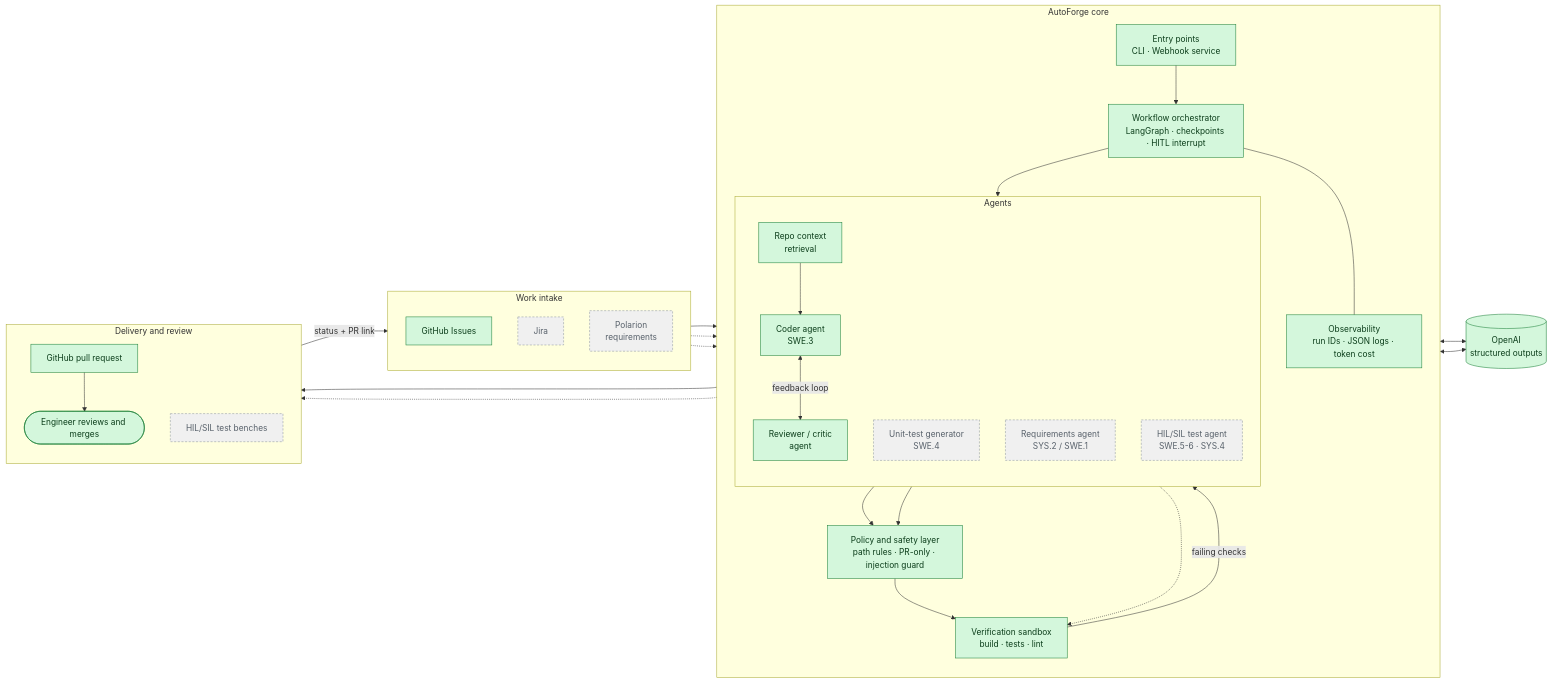
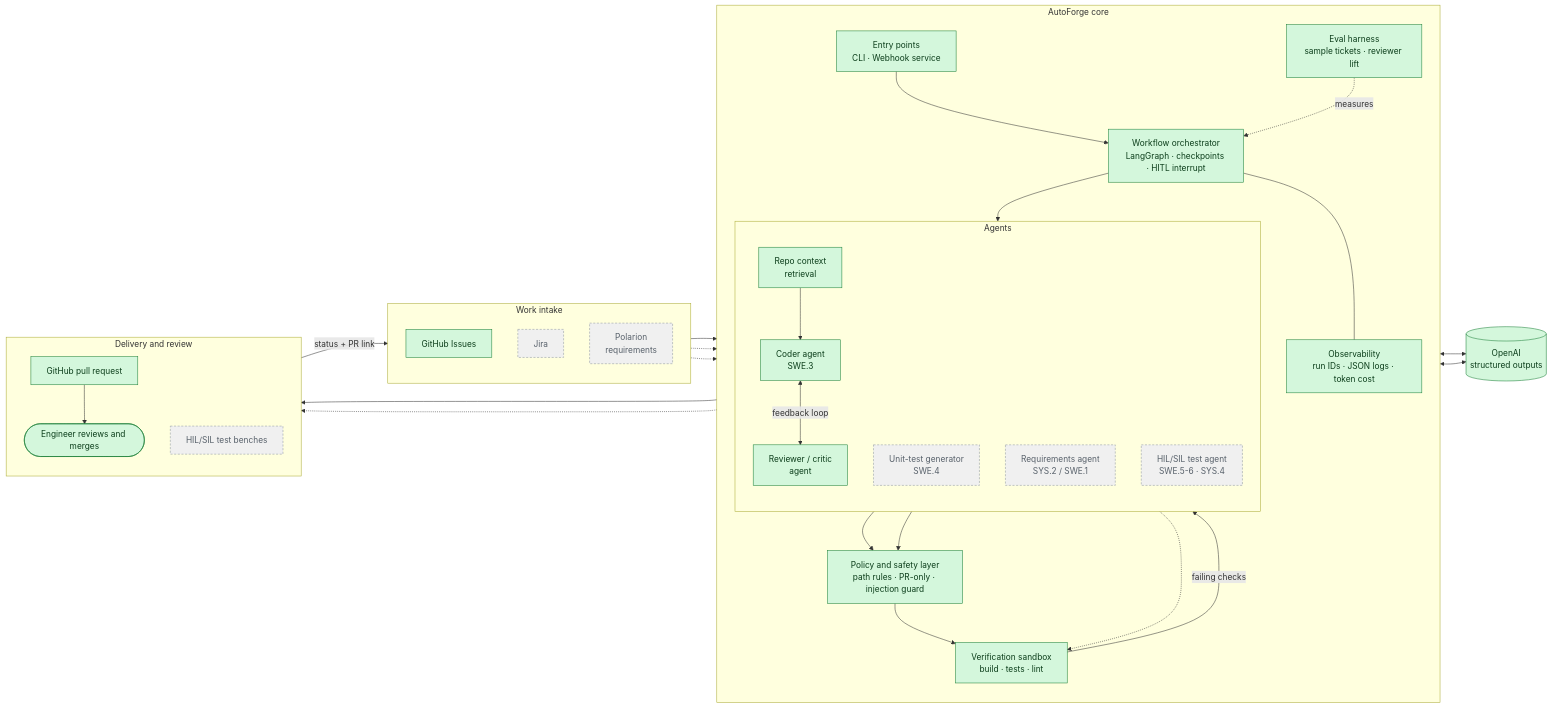
The diagram in README.md (SumanthKumar1210/autonomous_coding_agent), drawn with Mermaid before and after one commit. The commit also changed other lines of this file and 79 other files, not shown here.

````diff
--- a/README.md
+++ b/README.md
@@ -50,65 +50,67 @@
 ```mermaid
 flowchart LR
     %% ---------- Inputs ----------
     subgraph IN["Work intake"]
         direction TB
         GHI["GitHub Issues"]
         JIRA["Jira"]
         POL["Polarion<br/>requirements"]
     end
 
     %% ---------- Core ----------
     subgraph CORE["AutoForge core"]
         direction TB
         ENTRY["Entry points<br/>CLI · Webhook service"]
         ORCH["Workflow orchestrator<br/>LangGraph · checkpoints · HITL interrupt"]
 
         subgraph AGENTS["Agents"]
             direction TB
             CTX["Repo context<br/>retrieval"]
             CODER["Coder agent<br/>SWE.3"]
             REVIEW["Reviewer / critic<br/>agent"]
             TESTGEN["Unit-test generator<br/>SWE.4"]
             REQ["Requirements agent<br/>SYS.2 / SWE.1"]
             HIL["HIL/SIL test agent<br/>SWE.5-6 · SYS.4"]
         end
 
         POLICY["Policy and safety layer<br/>path rules · PR-only · injection guard"]
         VERIFY["Verification sandbox<br/>build · tests · lint"]
         OBS["Observability<br/>run IDs · JSON logs · token cost"]
+        EVALS["Eval harness<br/>sample tickets · reviewer lift"]
     end
 
     %% ---------- External ----------
     LLM[("OpenAI<br/>structured outputs")]
 
     subgraph OUT["Delivery and review"]
         direction TB
         PR["GitHub pull request"]
         HUMAN(["Engineer reviews and merges"])
         BENCH["HIL/SIL test benches"]
     end
 
     GHI --> ENTRY
     JIRA -.-> ENTRY
     POL -.-> REQ
     ENTRY --> ORCH
     ORCH --> CTX --> CODER
     CODER <-->|feedback loop| REVIEW
     CODER --> POLICY
     REVIEW --> POLICY
     TESTGEN -.-> VERIFY
     POLICY --> VERIFY -->|failing checks| CODER
     VERIFY --> PR
     HIL -.-> BENCH
     CODER <--> LLM
     REVIEW <--> LLM
     PR --> HUMAN
     PR -->|status + PR link| GHI
     ORCH --- OBS
+    EVALS -.->|measures| ORCH
 
     classDef built fill:#d4f7dc,stroke:#1a7f37,color:#0b3d1a
     classDef next fill:#fff4cc,stroke:#bf8700,color:#4d3800
     classDef planned fill:#f0f0f0,stroke:#8c959f,color:#57606a,stroke-dasharray:4 3
-    class GHI,ENTRY,ORCH,CTX,CODER,REVIEW,POLICY,VERIFY,OBS,PR,HUMAN,LLM built
+    class GHI,ENTRY,ORCH,CTX,CODER,REVIEW,POLICY,VERIFY,OBS,EVALS,PR,HUMAN,LLM built
     class JIRA,POL,TESTGEN,REQ,HIL,BENCH planned
 ```
````
